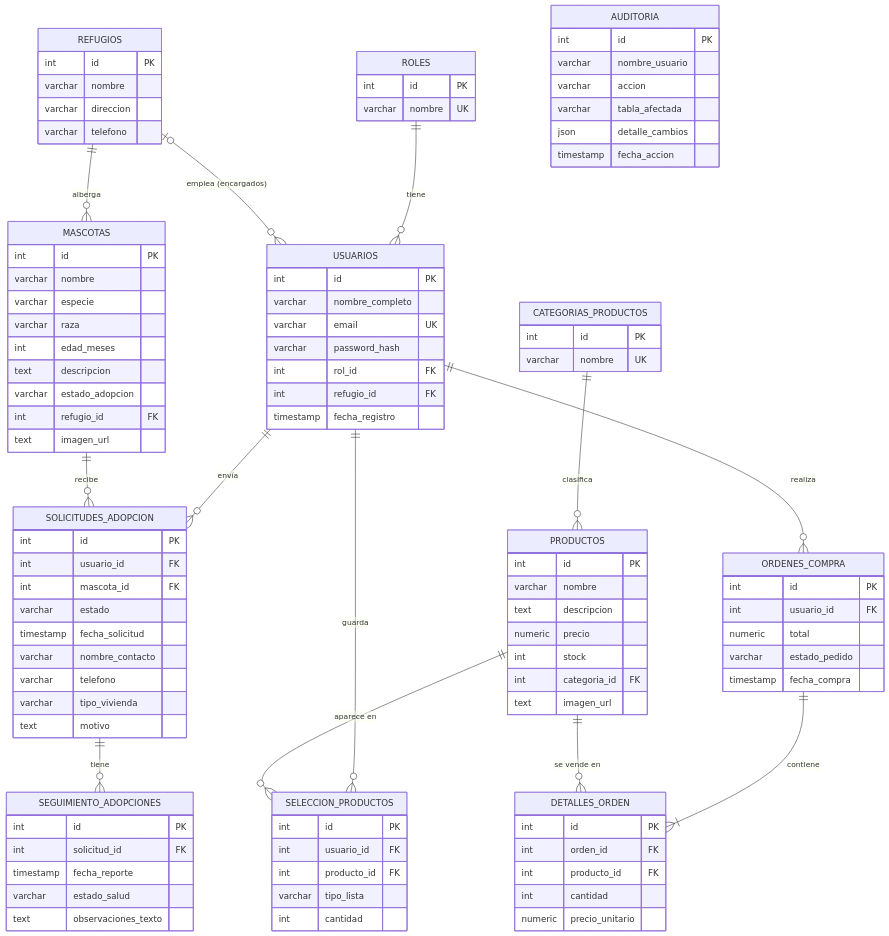
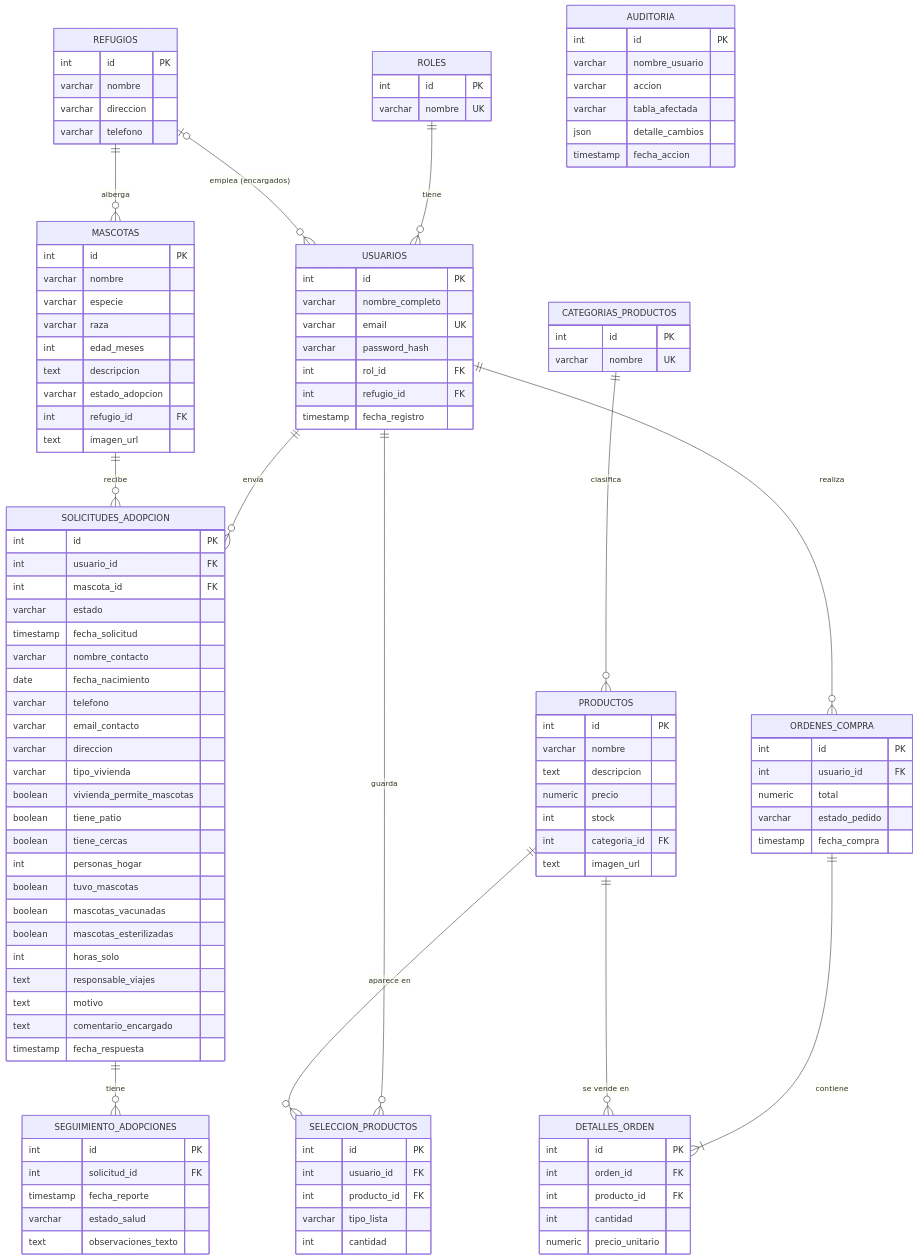
One commit to diegoandresmendoza2006/adopcion-ecommerce changed the diagram in docs/base-de-datos.md. Above: the diagram before and after it, drawn with Mermaid. The commit also changed other lines of this file and 1 other file, not shown here.

Commit message:
docs: add pagination protocol and update database diagram

```diff
--- a/docs/base-de-datos.md
+++ b/docs/base-de-datos.md
@@ -50,17 +50,32 @@
         int refugio_id FK
         text imagen_url
     }
-    SOLICITUDES_ADOPCION {
+        SOLICITUDES_ADOPCION {
         int id PK
         int usuario_id FK
         int mascota_id FK
         varchar estado
         timestamp fecha_solicitud
         varchar nombre_contacto
+        date fecha_nacimiento
         varchar telefono
+        varchar email_contacto
+        varchar direccion
         varchar tipo_vivienda
+        boolean vivienda_permite_mascotas
+        boolean tiene_patio
+        boolean tiene_cercas
+        int personas_hogar
+        boolean tuvo_mascotas
+        boolean mascotas_vacunadas
+        boolean mascotas_esterilizadas
+        int horas_solo
+        text responsable_viajes
         text motivo
+        text comentario_encargado
+        timestamp fecha_respuesta
     }
+
     SEGUIMIENTO_ADOPCIONES {
         int id PK
         int solicitud_id FK
```
